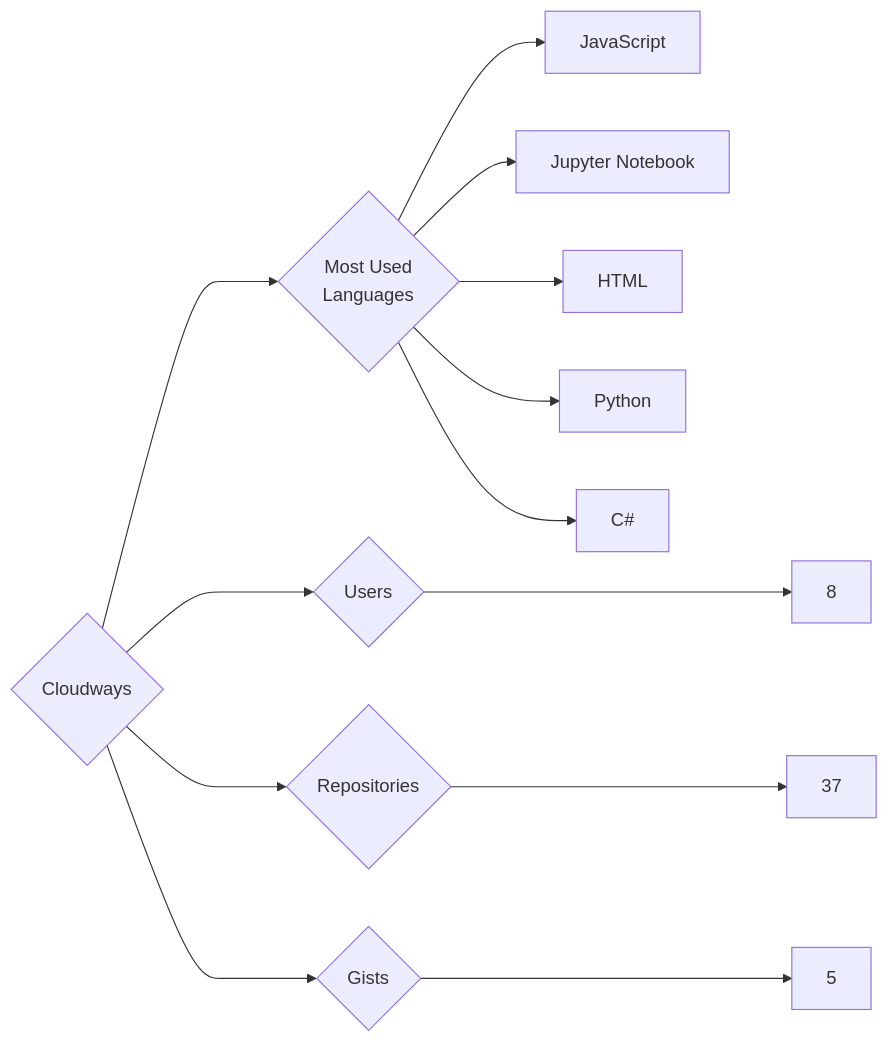
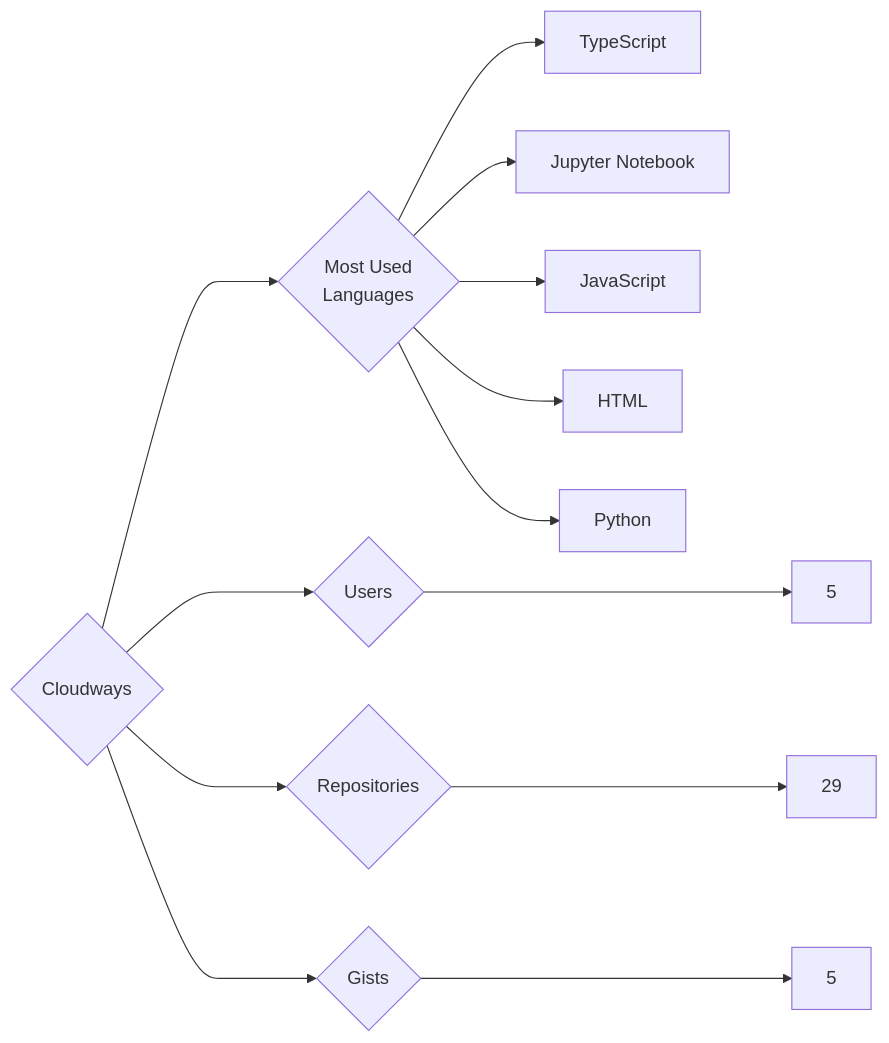
One commit to trickest/insiders changed the diagram in targets/Cloudways/README.md. Above: the diagram before and after it, drawn with Mermaid. The commit also changed 891 other files, not shown here.

````diff
--- a/targets/Cloudways/README.md
+++ b/targets/Cloudways/README.md
@@ -3,13 +3,13 @@
 ```mermaid
 graph LR
 COMPANY_NAME{Cloudways}
-COMPANY_NAME ---> U{Users} ---> UN[8]
-COMPANY_NAME ---> R{Repositories} ---> RN[37]
+COMPANY_NAME ---> U{Users} ---> UN[5]
+COMPANY_NAME ---> R{Repositories} ---> RN[29]
 COMPANY_NAME ---> G{Gists} ---> GN[5]
 COMPANY_NAME ---> ML{Most Used<br>Languages}
+ML --> TypeScript[TypeScript]
+ML --> Jupyter_Notebook[Jupyter Notebook]
 ML --> JavaScript[JavaScript]
-ML --> Jupyter_Notebook[Jupyter Notebook]
 ML --> HTML[HTML]
 ML --> Python[Python]
-ML --> C#[C#]
 ```
````
